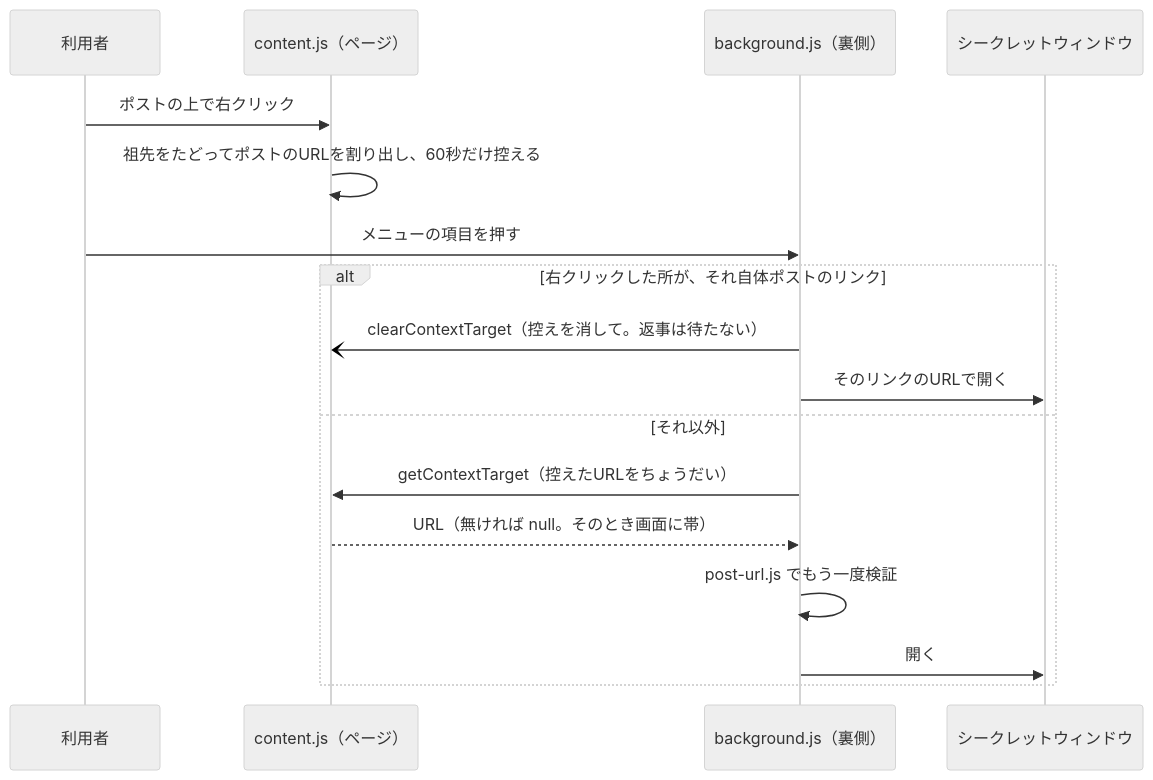
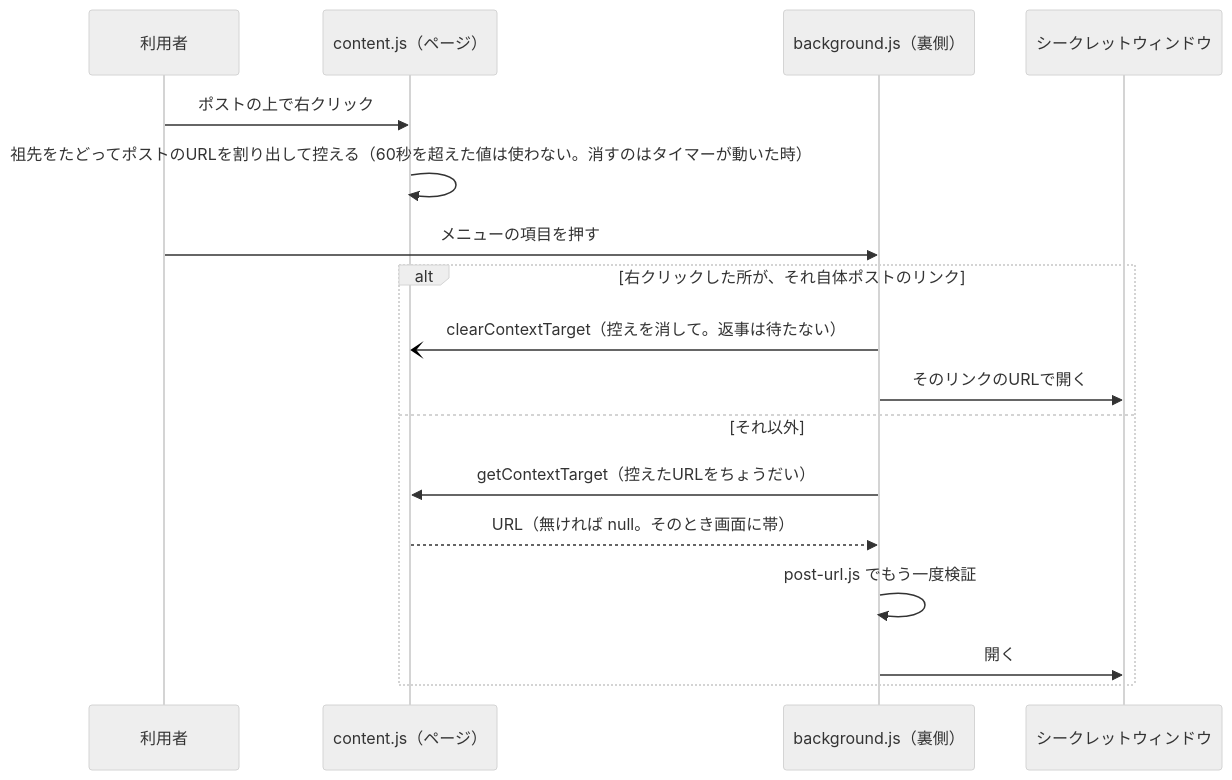
The second of 3 diagrams in docs/ARCHITECTURE.md (Driedsandwich/postcloak), drawn with Mermaid (neutral theme) before and after one commit. The commit also changed other lines of this file and 1 other file, not shown here.

Commit message:
解説書の控えの60秒の書き方を PRIVACY.md に合わせ、用語集のワイルドカードの説明をスキームとホストに限った
Claude-Session: https://claude.ai/code/session_019LWX39GfhRvcX2wNjySKMy

````diff
--- a/docs/ARCHITECTURE.md
+++ b/docs/ARCHITECTURE.md
@@ -135,19 +135,19 @@
 ```mermaid
 sequenceDiagram
   participant U as 利用者
   participant C as content.js（ページ）
   participant B as background.js（裏側）
   participant W as シークレットウィンドウ
   U->>C: ポストの上で右クリック
-  C->>C: 祖先をたどってポストのURLを割り出し、60秒だけ控える
+  C->>C: 祖先をたどってポストのURLを割り出して控える（60秒を超えた値は使わない。消すのはタイマーが動いた時）
   U->>B: メニューの項目を押す
   alt 右クリックした所が、それ自体ポストのリンク
     B-)C: clearContextTarget（控えを消して。返事は待たない）
     B->>W: そのリンクのURLで開く
   else それ以外
     B->>C: getContextTarget（控えたURLをちょうだい）
     C-->>B: URL（無ければ null。そのとき画面に帯）
     B->>B: post-url.js でもう一度検証
     B->>W: 開く
   end
 ```
````
